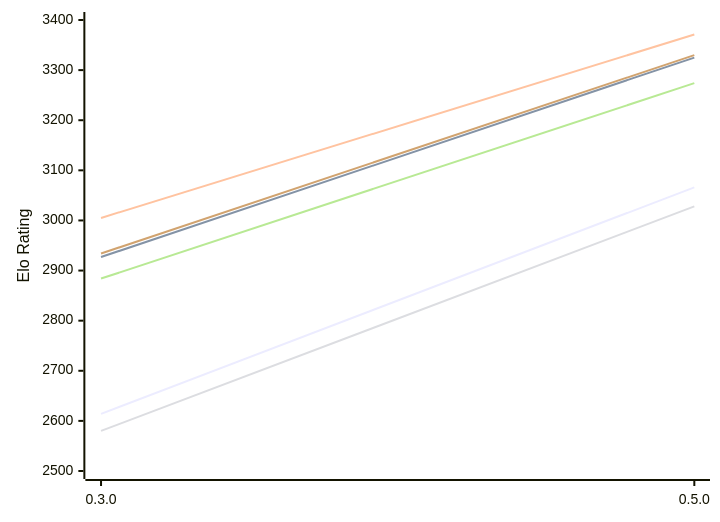
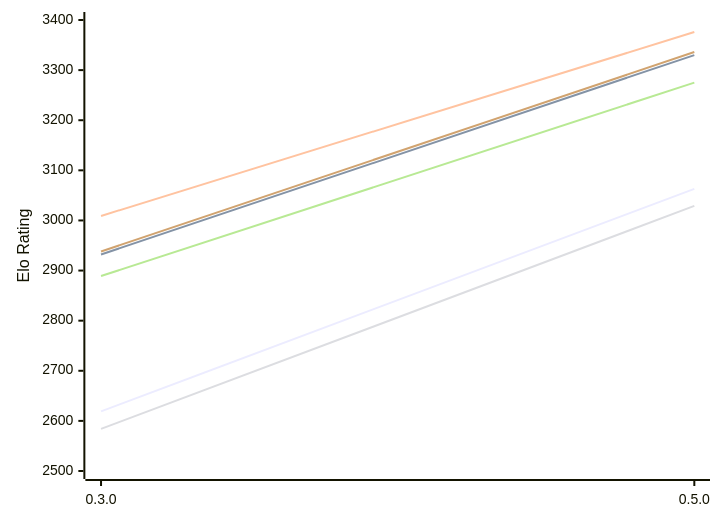
The diagram in engines/Crustik.md (computer-chess-index/cci), drawn with Mermaid before and after one commit. The commit also changed other lines of this file, not shown here.

Commit message:
Update CCI Ratings (ELO VLTC) - 2026-11-20

````diff
--- a/engines/Crustik.md
+++ b/engines/Crustik.md
@@ -49,12 +49,12 @@
 ```mermaid
 %%{init: {"theme":"base","themeVariables":{"seriesColors:['#a3a3a3','#222221','#faa371']}}}%%
 xychart-beta
   x-axis ["0.3.0", "0.5.0"]
   y-axis "Elo Rating" 2500 --> 3400
-  line "E1: STC (8.0+0.08s)" [2614, 3066]
-  line "E1: LTC (60.0+0.60s)" [2927, 3325]
-  line "E1: VLTC (2m24s+1.12s)" [3005, 3371]
-  line "P1: STC (8.0+0.08s)" [2580, 3028]
-  line "P1: LTC (60.0+0.60s)" [2884, 3274]
-  line "P1: VLTC (2m24s+1.12s)" [2934, 3330]
+  line "E1: STC (8.0+0.08s)" [2619, 3063]
+  line "E1: LTC (60.0+0.60s)" [2932, 3330]
+  line "E1: VLTC (2m24s+1.12s)" [3009, 3376]
+  line "P1: STC (8.0+0.08s)" [2584, 3029]
+  line "P1: LTC (60.0+0.60s)" [2889, 3275]
+  line "P1: VLTC (2m24s+1.12s)" [2938, 3336]
 ```
````
